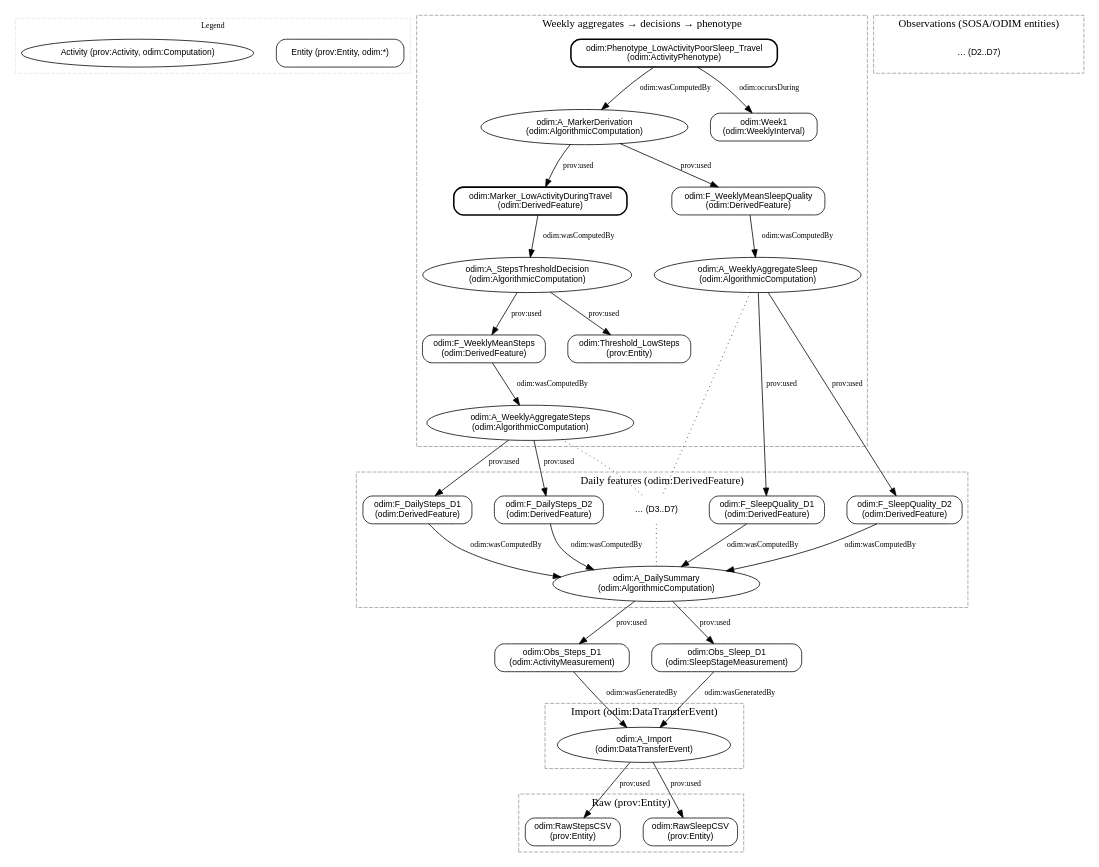
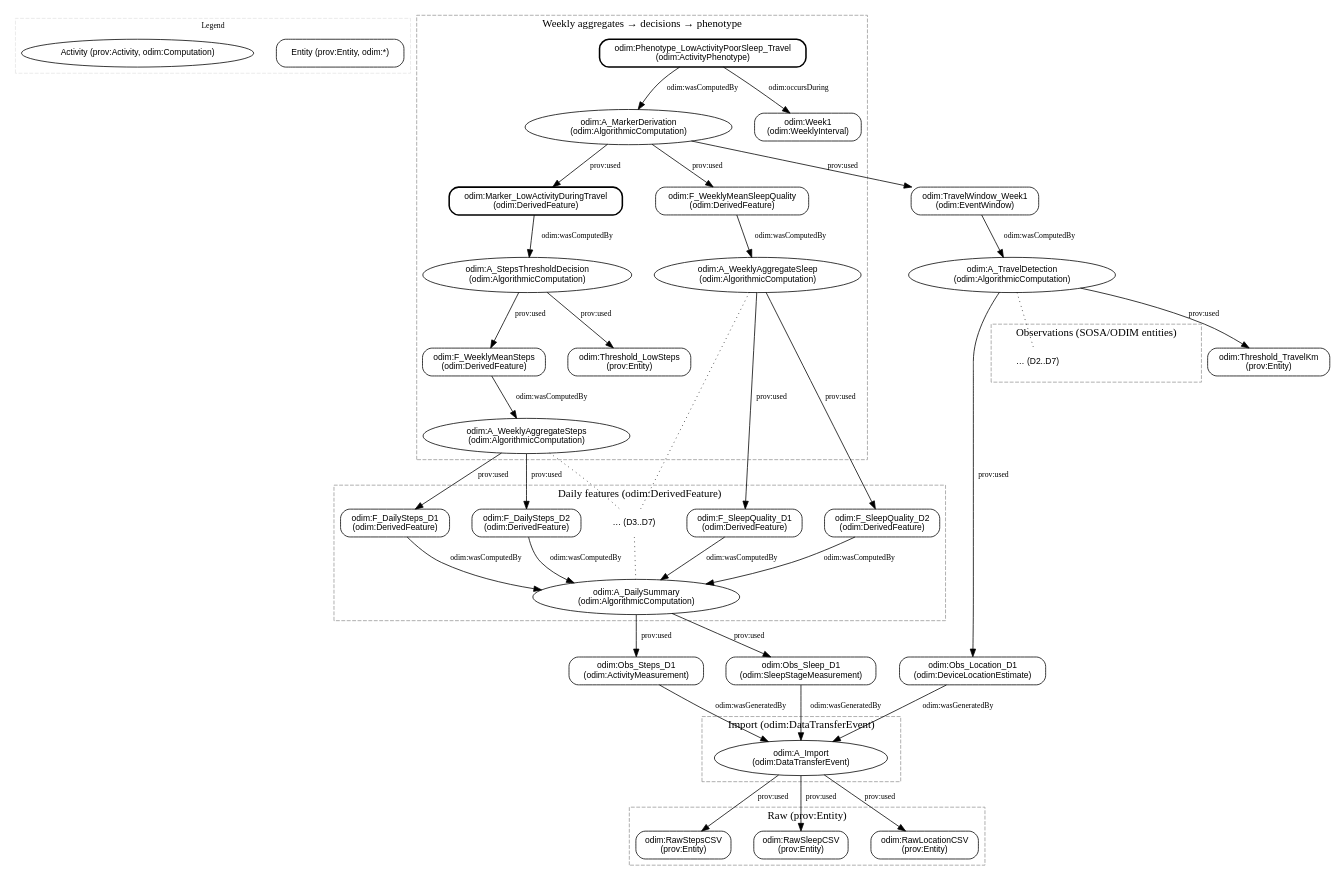
The diagram in docs/presentation/demo_graph.dot (MentalHealthMission/MHM-ontology), drawn with Graphviz before and after one commit. The commit also changed 5 other files, not shown here.

Commit message:
docs(presentation): add travel evidence (location.csv, DeviceLocationEstimate), travel detection to EventWindow, and integrate into combined marker + diagram

```diff
--- a/docs/presentation/demo_graph.dot
+++ b/docs/presentation/demo_graph.dot
@@ -1,107 +1,121 @@
 digraph DemoFlow {
   rankdir=TB;
   splines=true;
   nodesep=0.4;
   ranksep=0.6;
 
   // Default node styles
   node [fontname="Helvetica", fontsize=11, style=rounded];
 
   // Define simple styling by type
   subgraph cluster_legend {
     label="Legend"; fontsize=10; color=gray90; style=dashed;
     keyE [label="Entity (prov:Entity, odim:*)", shape=box];
     keyA [label="Activity (prov:Activity, odim:Computation)", shape=ellipse];
   }
 
   // Raw entities (prov:Entity)
   subgraph cluster_raw {
     label="Raw (prov:Entity)"; style=dashed; color=gray60;
     RawSteps [label="odim:RawStepsCSV\n(prov:Entity)", shape=box];
     RawSleep [label="odim:RawSleepCSV\n(prov:Entity)", shape=box];
+    RawLoc   [label="odim:RawLocationCSV\n(prov:Entity)", shape=box];
   }
 
   // Import activity
   subgraph cluster_import {
     label="Import (odim:DataTransferEvent)"; style=dashed; color=gray60;
     Import [label="odim:A_Import\n(odim:DataTransferEvent)", shape=ellipse];
   }
 
   // Observations (entities)
   subgraph cluster_obs {
     label="Observations (SOSA/ODIM entities)"; style=dashed; color=gray60;
     ObsSteps [label="odim:Obs_Steps_D1\n(odim:ActivityMeasurement)", shape=box];
     ObsSleep [label="odim:Obs_Sleep_D1\n(odim:SleepStageMeasurement)", shape=box];
+    ObsLoc   [label="odim:Obs_Location_D1\n(odim:DeviceLocationEstimate)", shape=box];
     ObsDots  [label="… (D2..D7)", shape=plaintext];
   }
 
   // Daily computation + features (steps + sleep quality)
   subgraph cluster_daily {
     label="Daily features (odim:DerivedFeature)"; style=dashed; color=gray60;
     DailyComp [label="odim:A_DailySummary\n(odim:AlgorithmicComputation)", shape=ellipse];
     F1 [label="odim:F_DailySteps_D1\n(odim:DerivedFeature)", shape=box];
     F2 [label="odim:F_DailySteps_D2\n(odim:DerivedFeature)", shape=box];
     FDots [label="… (D3..D7)", shape=plaintext];
     SQ1 [label="odim:F_SleepQuality_D1\n(odim:DerivedFeature)", shape=box];
     SQ2 [label="odim:F_SleepQuality_D2\n(odim:DerivedFeature)", shape=box];
   }
 
   // Weekly aggregation + decisions + combined phenotype
   subgraph cluster_weekly {
     label="Weekly aggregates → decisions → phenotype"; style=dashed; color=gray60;
     WeeklySteps [label="odim:A_WeeklyAggregateSteps\n(odim:AlgorithmicComputation)", shape=ellipse];
     MeanSteps [label="odim:F_WeeklyMeanSteps\n(odim:DerivedFeature)", shape=box];
     Thresh [label="odim:Threshold_LowSteps\n(prov:Entity)", shape=box];
     StepsDecision [label="odim:A_StepsThresholdDecision\n(odim:AlgorithmicComputation)", shape=ellipse];
     Marker [label="odim:Marker_LowActivityDuringTravel\n(odim:DerivedFeature)", shape=box, style="rounded,bold"];
 
     WeeklySleep [label="odim:A_WeeklyAggregateSleep\n(odim:AlgorithmicComputation)", shape=ellipse];
     MeanSleep [label="odim:F_WeeklyMeanSleepQuality\n(odim:DerivedFeature)", shape=box];
 
     Combine [label="odim:A_MarkerDerivation\n(odim:AlgorithmicComputation)", shape=ellipse];
     Phenotype [label="odim:Phenotype_LowActivityPoorSleep_Travel\n(odim:ActivityPhenotype)", shape=box, style="rounded,bold"];
     Week [label="odim:Week1\n(odim:WeeklyInterval)", shape=box];
   }
 
   // Edges with exact predicates
   // Import used raw files (prov:used: Activity -> Entity)
   Import -> RawSteps [label="prov:used", fontsize=10];
   Import -> RawSleep [label="prov:used", fontsize=10];
+  Import -> RawLoc   [label="prov:used", fontsize=10];
 
   // Observations were generated by Import (odim:wasGeneratedBy: Entity -> Activity)
   ObsSteps -> Import [label="odim:wasGeneratedBy", fontsize=10];
   ObsSleep -> Import [label="odim:wasGeneratedBy", fontsize=10];
-  {rank=same; ObsSteps; ObsSleep;}
+  ObsLoc   -> Import [label="odim:wasGeneratedBy", fontsize=10];
+  {rank=same; ObsSteps; ObsSleep; ObsLoc;}
 
   // Daily computation used observations (prov:used)
   DailyComp -> ObsSteps [label="prov:used", fontsize=10];
   DailyComp -> ObsSleep [label="prov:used", fontsize=10];
+
+  // Travel detection from location observations
+  TravelDetect [label="odim:A_TravelDetection\n(odim:AlgorithmicComputation)", shape=ellipse];
+  TravelWin [label="odim:TravelWindow_Week1\n(odim:EventWindow)", shape=box];
+  TravelThresh [label="odim:Threshold_TravelKm\n(prov:Entity)", shape=box];
+  TravelDetect -> ObsLoc [label="prov:used", fontsize=10];
+  TravelDetect -> ObsDots [style=dotted, arrowhead=none];
+  TravelDetect -> TravelThresh [label="prov:used", fontsize=10];
+  TravelWin -> TravelDetect [label="odim:wasComputedBy", fontsize=10];
 
   // Daily features were computed by DailyComp (odim:wasComputedBy)
   F1 -> DailyComp [label="odim:wasComputedBy", fontsize=10];
   F2 -> DailyComp [label="odim:wasComputedBy", fontsize=10];
   SQ1 -> DailyComp [label="odim:wasComputedBy", fontsize=10];
   SQ2 -> DailyComp [label="odim:wasComputedBy", fontsize=10];
   FDots -> DailyComp [style=dotted, arrowhead=none];
 
   // Weekly steps aggregate and decision
   WeeklySteps -> F1 [label="prov:used", fontsize=10];
   WeeklySteps -> F2 [label="prov:used", fontsize=10];
   WeeklySteps -> FDots [style=dotted, arrowhead=none];
   MeanSteps -> WeeklySteps [label="odim:wasComputedBy", fontsize=10];
   StepsDecision -> MeanSteps [label="prov:used", fontsize=10];
   StepsDecision -> Thresh [label="prov:used", fontsize=10];
   Marker -> StepsDecision [label="odim:wasComputedBy", fontsize=10];
 
   // Weekly sleep quality aggregate
   WeeklySleep -> SQ1 [label="prov:used", fontsize=10];
   WeeklySleep -> SQ2 [label="prov:used", fontsize=10];
   WeeklySleep -> FDots [style=dotted, arrowhead=none];
   MeanSleep -> WeeklySleep [label="odim:wasComputedBy", fontsize=10];
 
   // Combined phenotype marker
   Combine -> Marker [label="prov:used", fontsize=10];
   Combine -> MeanSleep [label="prov:used", fontsize=10];
+  Combine -> TravelWin [label="prov:used", fontsize=10];
   Phenotype -> Combine [label="odim:wasComputedBy", fontsize=10];
   Phenotype -> Week [label="odim:occursDuring", fontsize=10];
 }
```
